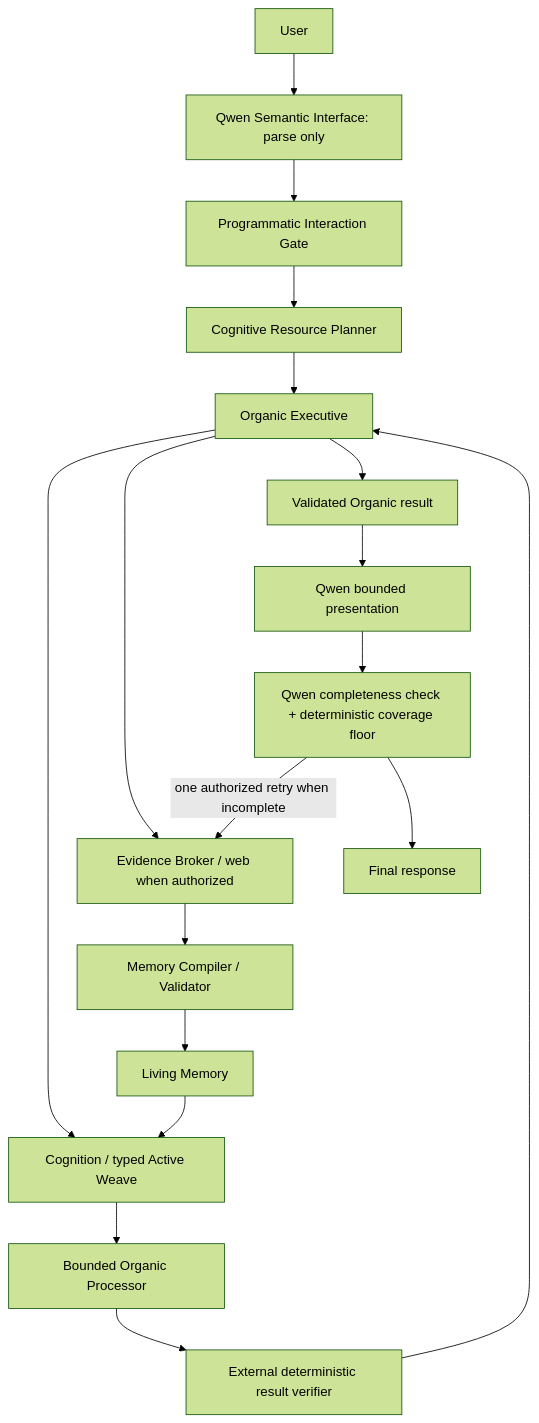
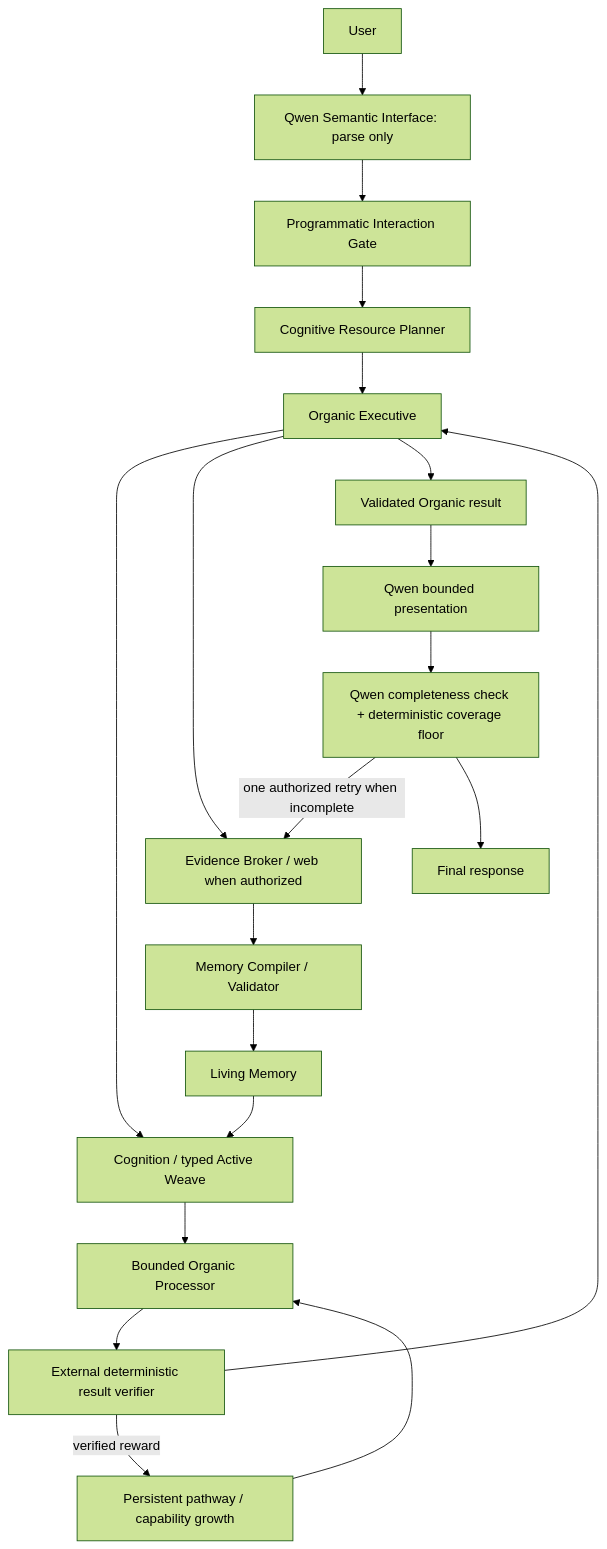
Before and after one commit to jonulbrich1/hermes-agent: the diagram in docs/ORGANIC_PROCESSOR_REFACTOR_IMPLEMENTATION.md, drawn with Mermaid (forest theme). The commit also changed other lines of this file and 33 other files, not shown here.

````diff
--- a/docs/ORGANIC_PROCESSOR_REFACTOR_IMPLEMENTATION.md
+++ b/docs/ORGANIC_PROCESSOR_REFACTOR_IMPLEMENTATION.md
@@ -26,20 +26,22 @@
 ```mermaid
 flowchart TD
     U["User"] --> SI1["Qwen Semantic Interface: parse only"]
     SI1 --> G["Programmatic Interaction Gate"]
     G --> P["Cognitive Resource Planner"]
     P --> E["Organic Executive"]
     E --> C["Cognition / typed Active Weave"]
     C --> OP["Bounded Organic Processor"]
     OP --> V["External deterministic result verifier"]
+    V -->|"verified reward"| PG["Persistent pathway / capability growth"]
+    PG --> OP
     V --> E
     E --> B["Evidence Broker / web when authorized"]
     B --> MC["Memory Compiler / Validator"]
     MC --> LM["Living Memory"]
     LM --> C
     E --> R["Validated Organic result"]
     R --> SI2["Qwen bounded presentation"]
     SI2 --> SI3["Qwen completeness check + deterministic coverage floor"]
     SI3 -->|"one authorized retry when incomplete"| B
     SI3 --> O["Final response"]
 ```
````
